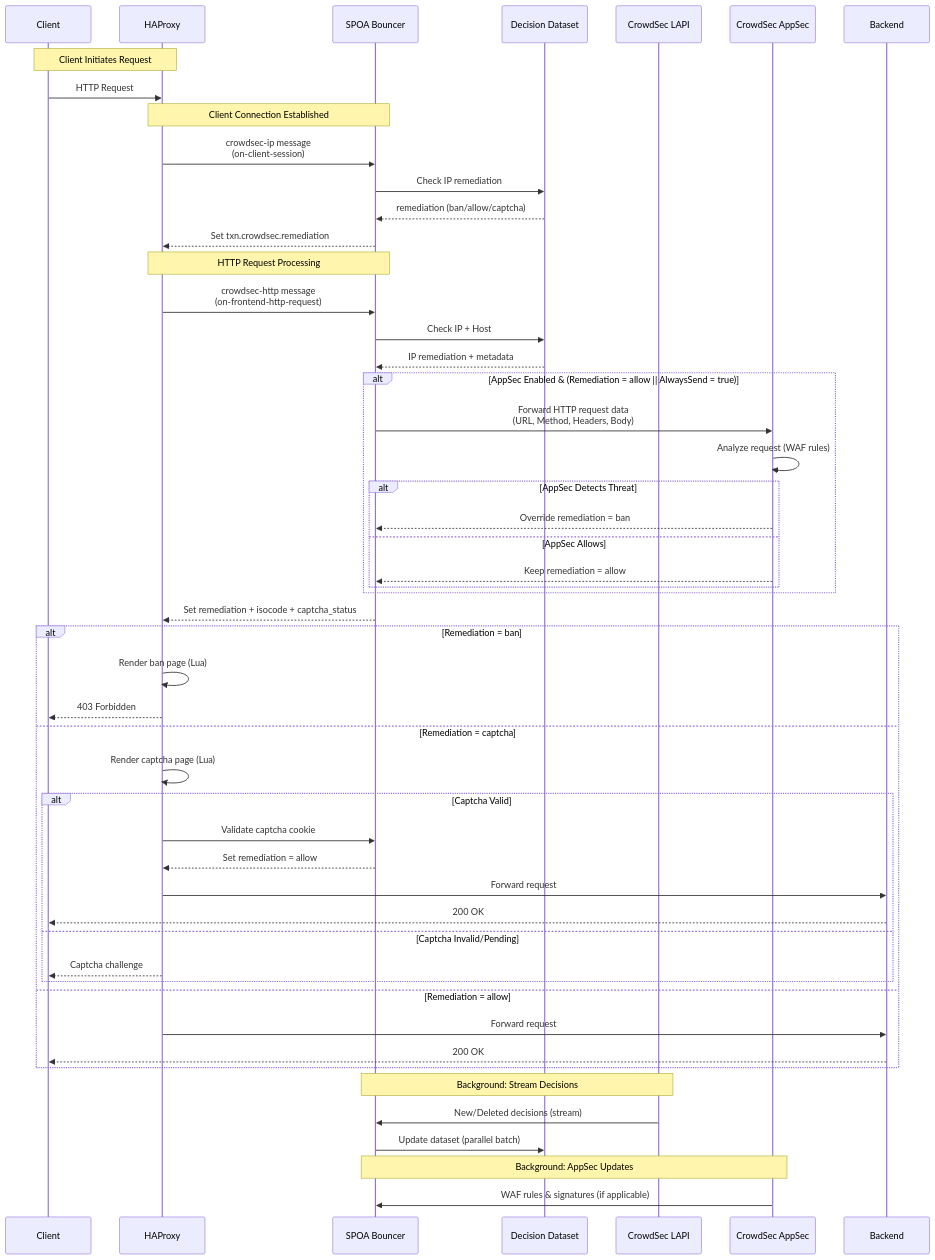
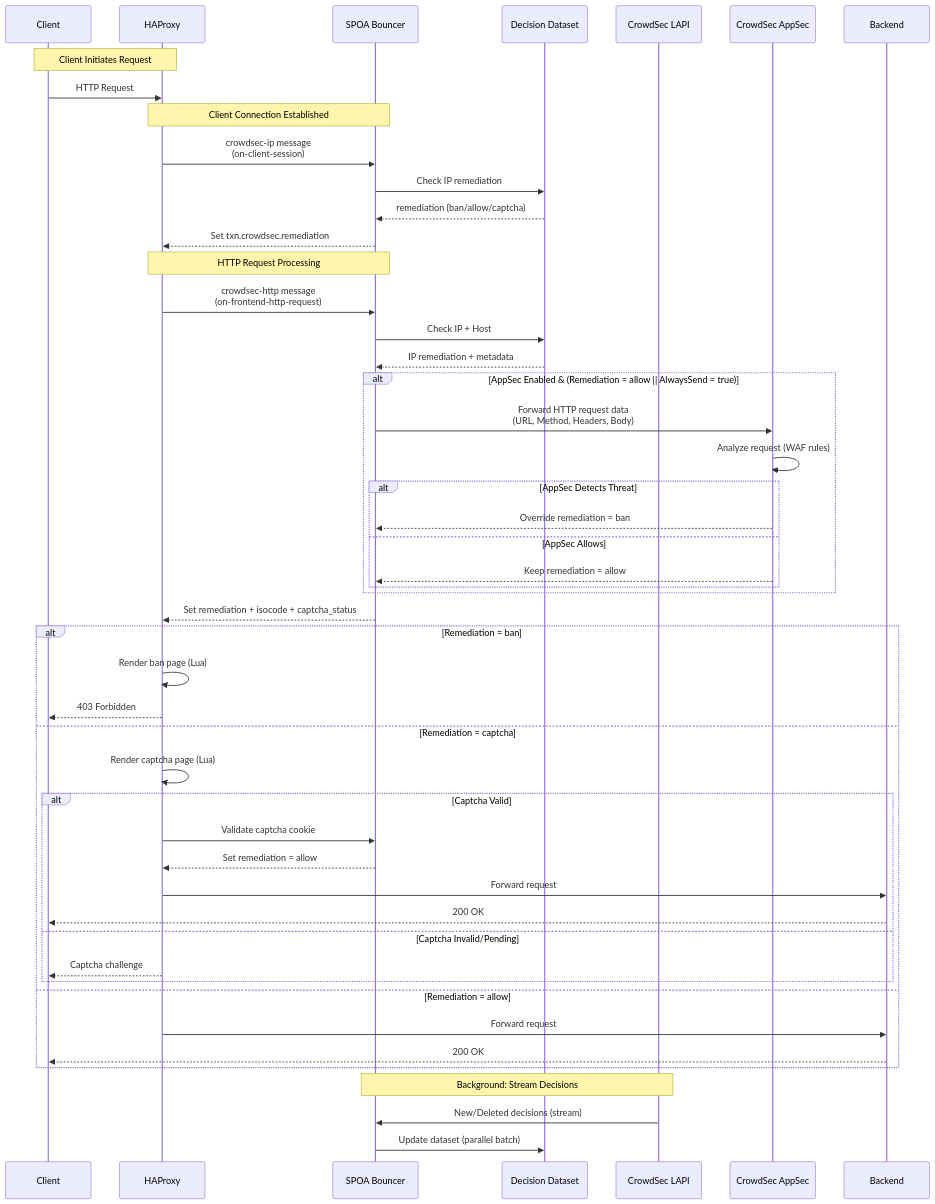
Before and after one commit to crowdsecurity/cs-haproxy-spoa-bouncer: the diagram in README.md, drawn with Mermaid.

Commit message:
docs: remove AppSec background task from flow diagram

````diff
--- a/README.md
+++ b/README.md
@@ -22,61 +22,58 @@
 ```mermaid
 sequenceDiagram
     participant Client
     participant HAProxy
     participant SPOA as SPOA Bouncer
     participant Dataset as Decision Dataset
     participant CrowdSec as CrowdSec LAPI
     participant AppSec as CrowdSec AppSec
     participant Backend
 
     Note over Client,HAProxy: Client Initiates Request
     Client->>HAProxy: HTTP Request
     
     Note over HAProxy,SPOA: Client Connection Established
     HAProxy->>SPOA: crowdsec-ip message<br/>(on-client-session)
     SPOA->>Dataset: Check IP remediation
     Dataset-->>SPOA: remediation (ban/allow/captcha)
     SPOA-->>HAProxy: Set txn.crowdsec.remediation
     
     Note over HAProxy,SPOA: HTTP Request Processing
     HAProxy->>SPOA: crowdsec-http message<br/>(on-frontend-http-request)
     SPOA->>Dataset: Check IP + Host
     Dataset-->>SPOA: IP remediation + metadata
     
     alt AppSec Enabled & (Remediation = allow || AlwaysSend = true)
         SPOA->>AppSec: Forward HTTP request data<br/>(URL, Method, Headers, Body)
         AppSec->>AppSec: Analyze request (WAF rules)
         alt AppSec Detects Threat
             AppSec-->>SPOA: Override remediation = ban
         else AppSec Allows
             AppSec-->>SPOA: Keep remediation = allow
         end
     end
     
     SPOA-->>HAProxy: Set remediation + isocode + captcha_status
     
     alt Remediation = ban
         HAProxy->>HAProxy: Render ban page (Lua)
         HAProxy-->>Client: 403 Forbidden
     else Remediation = captcha
         HAProxy->>HAProxy: Render captcha page (Lua)
         alt Captcha Valid
             HAProxy->>SPOA: Validate captcha cookie
             SPOA-->>HAProxy: Set remediation = allow
             HAProxy->>Backend: Forward request
             Backend-->>Client: 200 OK
         else Captcha Invalid/Pending
             HAProxy-->>Client: Captcha challenge
         end
     else Remediation = allow
         HAProxy->>Backend: Forward request
         Backend-->>Client: 200 OK
     end
     
     Note over SPOA,CrowdSec: Background: Stream Decisions
     CrowdSec->>SPOA: New/Deleted decisions (stream)
     SPOA->>Dataset: Update dataset (parallel batch)
-    
-    Note over SPOA,AppSec: Background: AppSec Updates
-    AppSec->>SPOA: WAF rules & signatures (if applicable)
 ```
````
